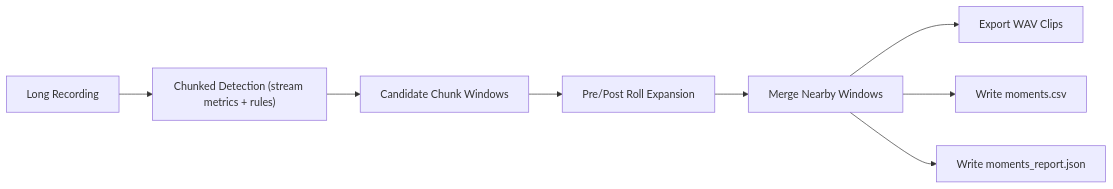
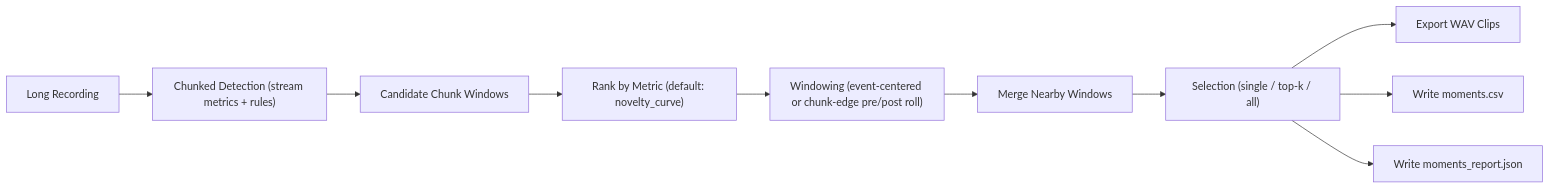
One commit to TheColby/ecoSignalLab changed the diagram in docs/MOMENTS_EXTRACTION.md. Above: the diagram before and after it, drawn with Mermaid. The commit also changed other lines of this file and 6 other files, not shown here.

Commit message:
Add single/top-k/all moments selection and event windows

````diff
--- a/docs/MOMENTS_EXTRACTION.md
+++ b/docs/MOMENTS_EXTRACTION.md
@@ -61,10 +74,12 @@
 ```mermaid
 flowchart LR
     A["Long Recording"] --> B["Chunked Detection (stream metrics + rules)"]
     B --> C["Candidate Chunk Windows"]
-    C --> D["Pre/Post Roll Expansion"]
-    D --> E["Merge Nearby Windows"]
-    E --> F["Export WAV Clips"]
-    E --> G["Write moments.csv"]
-    E --> H["Write moments_report.json"]
+    C --> D["Rank by Metric (default: novelty_curve)"]
+    D --> E["Windowing (event-centered or chunk-edge pre/post roll)"]
+    E --> F["Merge Nearby Windows"]
+    F --> G["Selection (single / top-k / all)"]
+    G --> H["Export WAV Clips"]
+    G --> I["Write moments.csv"]
+    G --> J["Write moments_report.json"]
 ```
````
